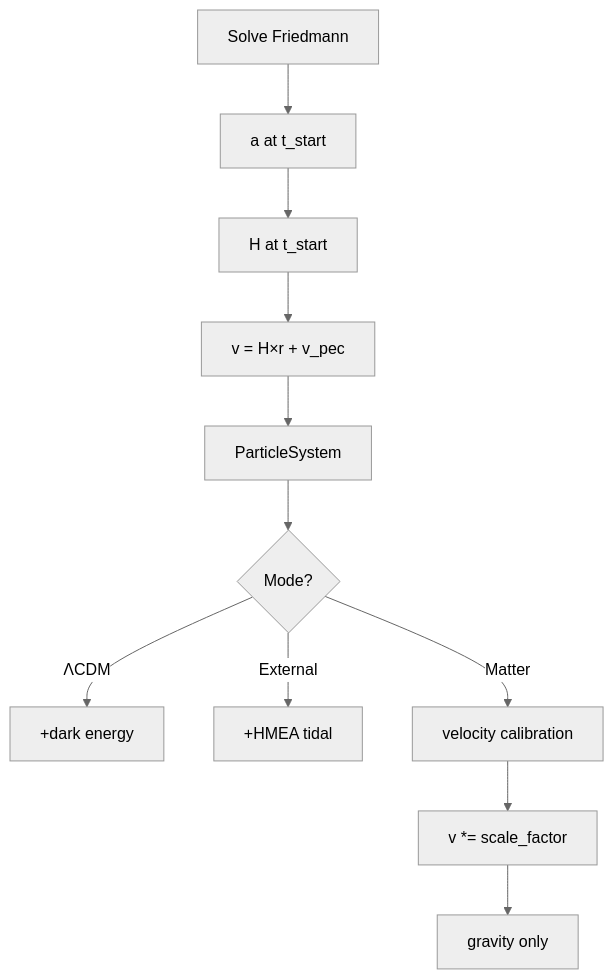
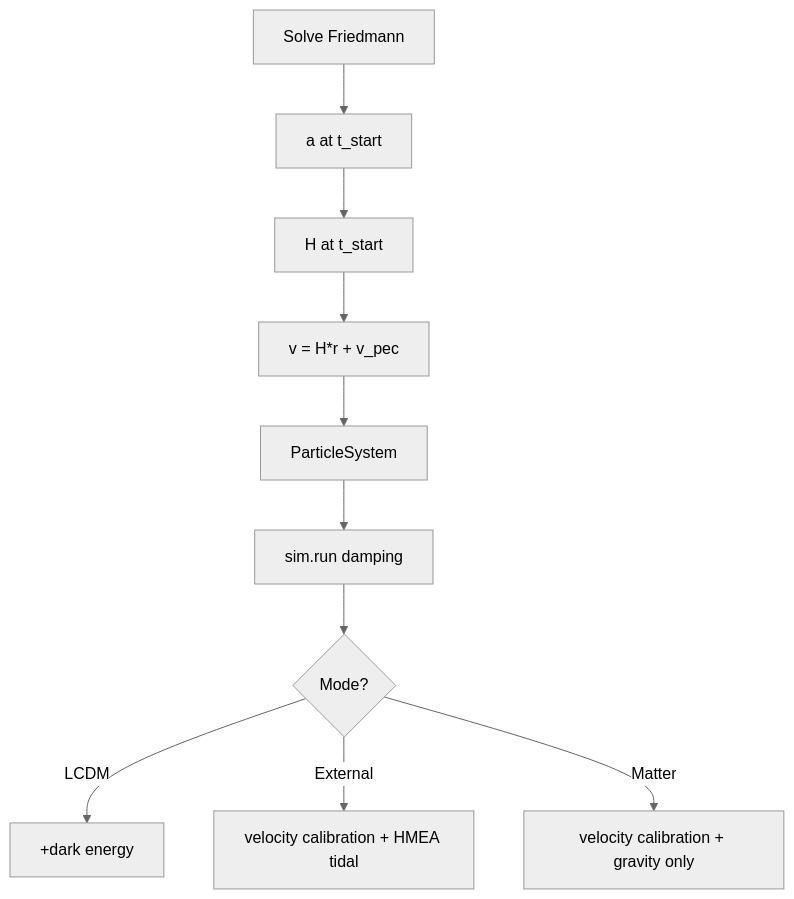
Before and after one commit to MartinGamsby/ProgenitorNodeModelCosmology: the diagram in lode/physics/initial-conditions.md, drawn with Mermaid (neutral theme). The commit also changed other lines of this file and 16 other files, not shown here.

````diff
--- a/lode/physics/initial-conditions.md
+++ b/lode/physics/initial-conditions.md
@@ -125,13 +130,12 @@
 ```mermaid
 graph TD
     A[Solve Friedmann] --> B[a at t_start]
     B --> C[H at t_start]
-    C --> D[v = H×r + v_pec]
+    C --> D[v = H*r + v_pec]
     D --> E[ParticleSystem]
-    E --> F{Mode?}
-    F -->|ΛCDM| G[+dark energy]
-    F -->|External| H[+HMEA tidal]
-    F -->|Matter| I[velocity calibration]
-    I --> J[v *= scale_factor]
-    J --> K[gravity only]
+    E --> F[sim.run damping]
+    F --> G{Mode?}
+    G -->|LCDM| H[+dark energy]
+    G -->|External| I[velocity calibration + HMEA tidal]
+    G -->|Matter| J[velocity calibration + gravity only]
 ```
````
